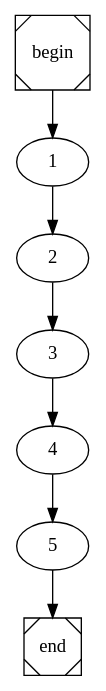
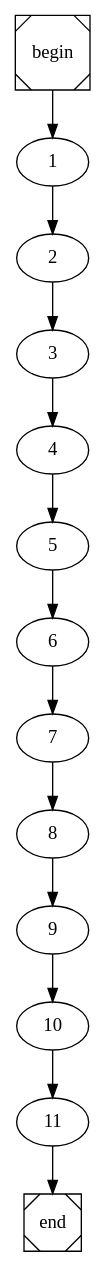
Before and after one commit to arubenruben/JMM-Compiler: the diagram in main.dot, drawn with Graphviz. The commit also changed 3 other files, not shown here.

```diff
--- a/main.dot
+++ b/main.dot
@@ -1,4 +1,4 @@
 digraph cfg {
 	begin [shape=Msquare];
 	end [shape=Msquare];
-	begin -> 1;	1 -> 2;	2 -> 3;	3 -> 4;	4 -> 5;	5 -> end;}
+	begin -> 1;	1 -> 2;	2 -> 3;	3 -> 4;	4 -> 5;	5 -> 6;	6 -> 7;	7 -> 8;	8 -> 9;	9 -> 10;	10 -> 11;	11 -> end;}
```
